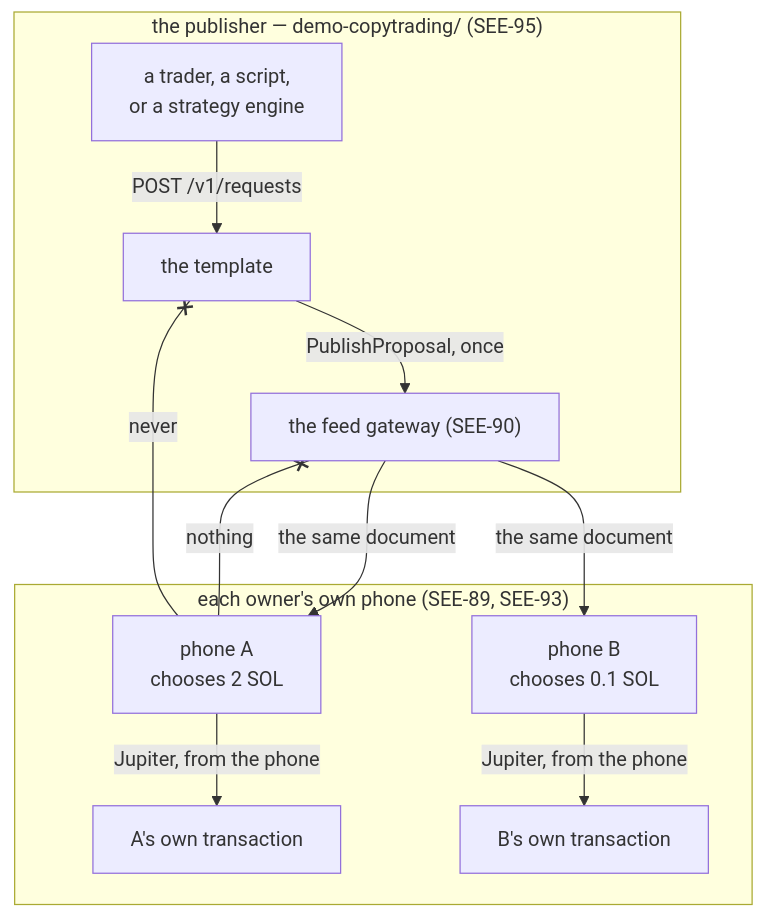
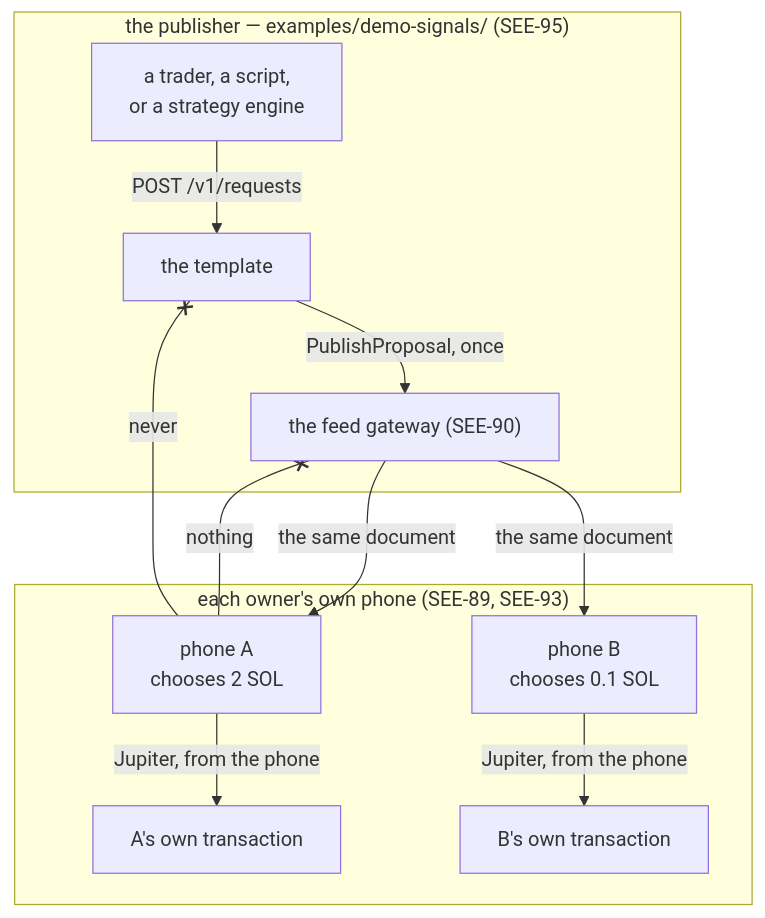
The diagram in docs/wiki/copytrading-template.md (SeekerAgentConnect/sac), drawn with Mermaid before and after one commit. The commit also changed other lines of this file and 265 other files, not shown here.

````diff
--- a/docs/wiki/copytrading-template.md
+++ b/docs/wiki/copytrading-template.md
@@ -46,16 +46,16 @@
 ```mermaid
 flowchart TB
-    subgraph publisher["the publisher — demo-copytrading/ (SEE-95)"]
+    subgraph publisher["the publisher — examples/demo-signals/ (SEE-95)"]
         Strategy["a trader, a script,<br>or a strategy engine"] -- "POST /v1/requests" --> Template["the template"]
         Template -- "PublishProposal, once" --> Gateway
     end
     Gateway["the feed gateway (SEE-90)"]
     subgraph phones["each owner's own phone (SEE-89, SEE-93)"]
         Gateway -- "the same document" --> A["phone A<br>chooses 2 SOL"]
         Gateway -- "the same document" --> B["phone B<br>chooses 0.1 SOL"]
         A -- "Jupiter, from the phone" --> ChainA["A's own transaction"]
         B -- "Jupiter, from the phone" --> ChainB["B's own transaction"]
     end
     A -- "nothing" --x Gateway
     A -- "never" --x Template
 ```
````
